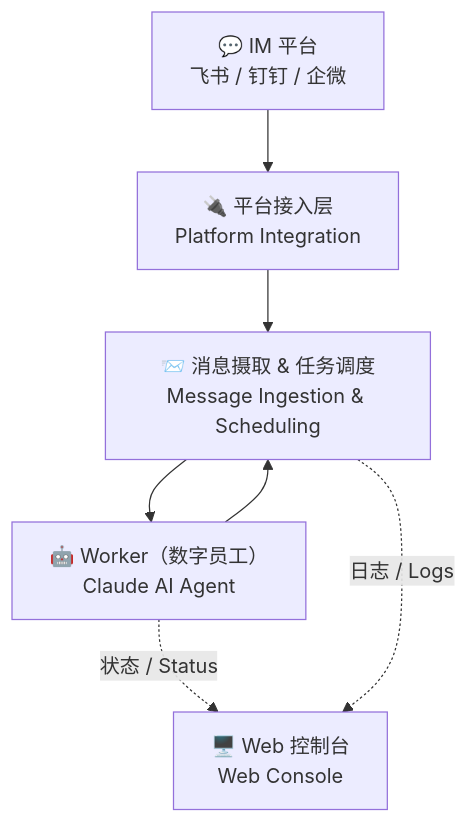
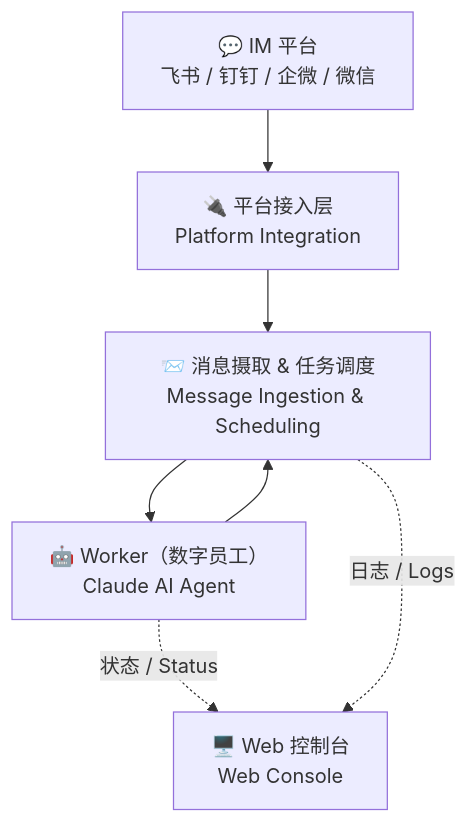
The diagram in README.zh.md (theopenbee/openbee), drawn with Mermaid before and after one commit. The commit also changed other lines of this file and 13 other files, not shown here.

````diff
--- a/README.zh.md
+++ b/README.zh.md
@@ -111,9 +111,9 @@
 ```mermaid
 graph TD
-    A["💬 IM 平台\n飞书 / 钉钉 / 企微"] --> B["🔌 平台接入层\nPlatform Integration"]
+    A["💬 IM 平台\n飞书 / 钉钉 / 企微 / 微信"] --> B["🔌 平台接入层\nPlatform Integration"]
     B --> C["📨 消息摄取 & 任务调度\nMessage Ingestion & Scheduling"]
     C --> D["🤖 Worker（数字员工）\nClaude AI Agent"]
     D --> C
     D -. "状态 / Status" .-> E["🖥️ Web 控制台\nWeb Console"]
     C -. "日志 / Logs" .-> E
 ```
````
